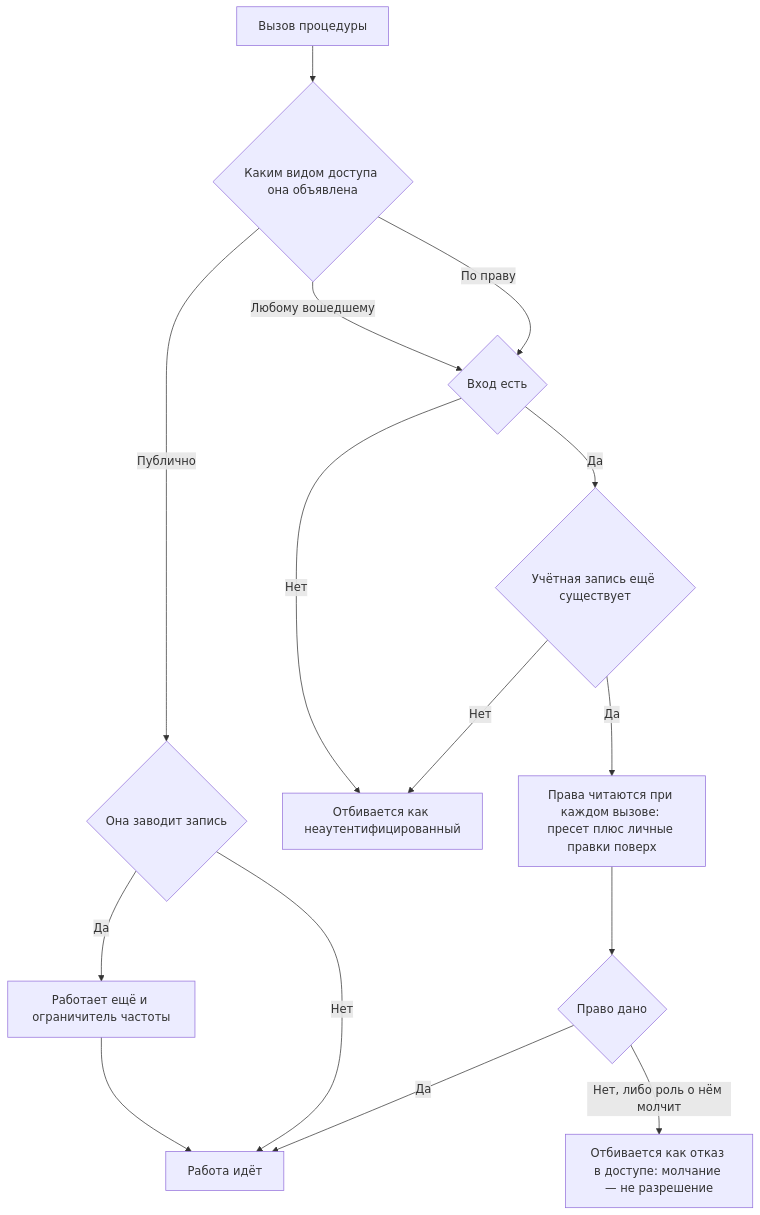
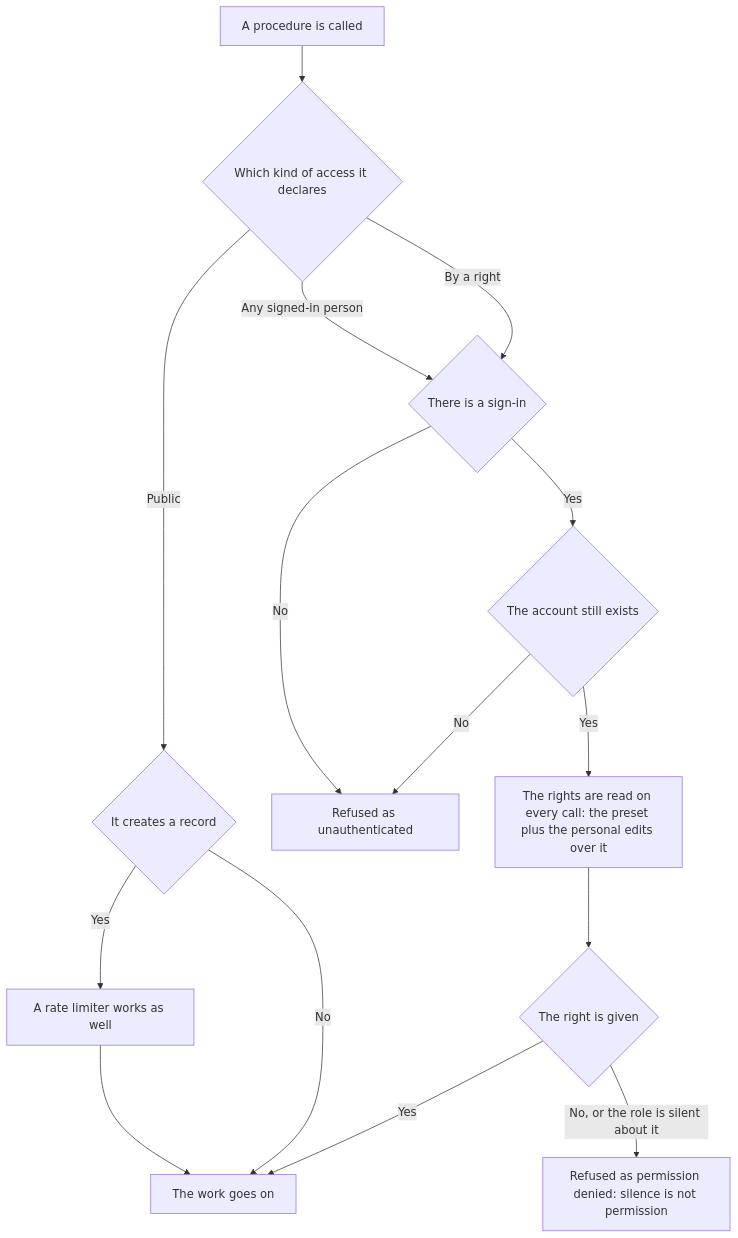
One commit to Eyhenij/rt-tools changed the diagram in .claude/skills/permissions/SKILL.md. Above: the diagram before and after it, drawn with Mermaid. The commit also changed other lines of this file and 2 other files, not shown here.

First line of the commit message:
docs(rt:agent-kit): своё правило доступа с компаньоном и паттерном написано по-английски

````diff
--- a/.claude/skills/permissions/SKILL.md
+++ b/.claude/skills/permissions/SKILL.md
@@ -36,17 +36,17 @@
 ```mermaid
 flowchart TD
-    A[Вызов процедуры] --> B{Каким видом доступа она объявлена}
-    B -->|Публично| C{Она заводит запись}
-    C -->|Да| D[Работает ещё и ограничитель частоты]
-    C -->|Нет| E[Работа идёт]
-    B -->|Любому вошедшему| F{Вход есть}
-    B -->|По праву| F
-    F -->|Нет| G[Отбивается как неаутентифицированный]
-    F -->|Да| H{Учётная запись ещё существует}
-    H -->|Нет| G
-    H -->|Да| I[Права читаются при каждом вызове: пресет плюс личные правки поверх]
-    I --> J{Право дано}
-    J -->|Да| E
-    J -->|Нет, либо роль о нём молчит| K[Отбивается как отказ в доступе: молчание — не разрешение]
+    A[A procedure is called] --> B{Which kind of access it declares}
+    B -->|Public| C{It creates a record}
+    C -->|Yes| D[A rate limiter works as well]
+    C -->|No| E[The work goes on]
+    B -->|Any signed-in person| F{There is a sign-in}
+    B -->|By a right| F
+    F -->|No| G[Refused as unauthenticated]
+    F -->|Yes| H{The account still exists}
+    H -->|No| G
+    H -->|Yes| I[The rights are read on every call: the preset plus the personal edits over it]
+    I --> J{The right is given}
+    J -->|Yes| E
+    J -->|No, or the role is silent about it| K[Refused as permission denied: silence is not permission]
     D --> E
 ```
````
